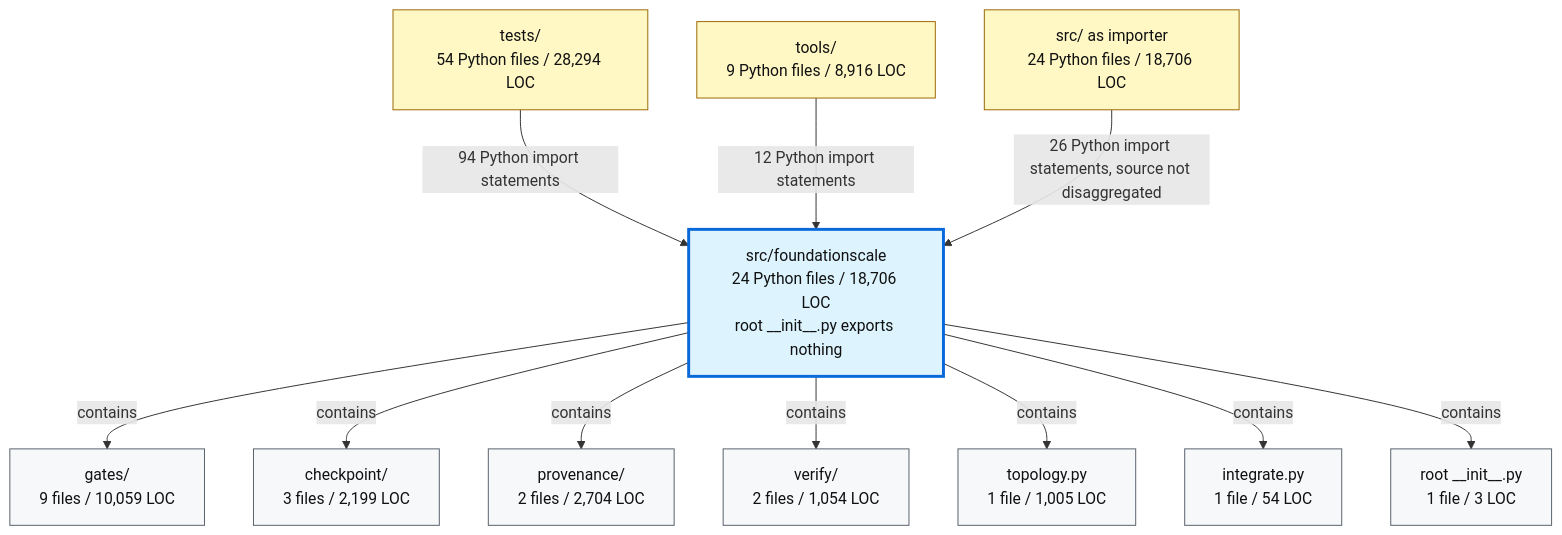
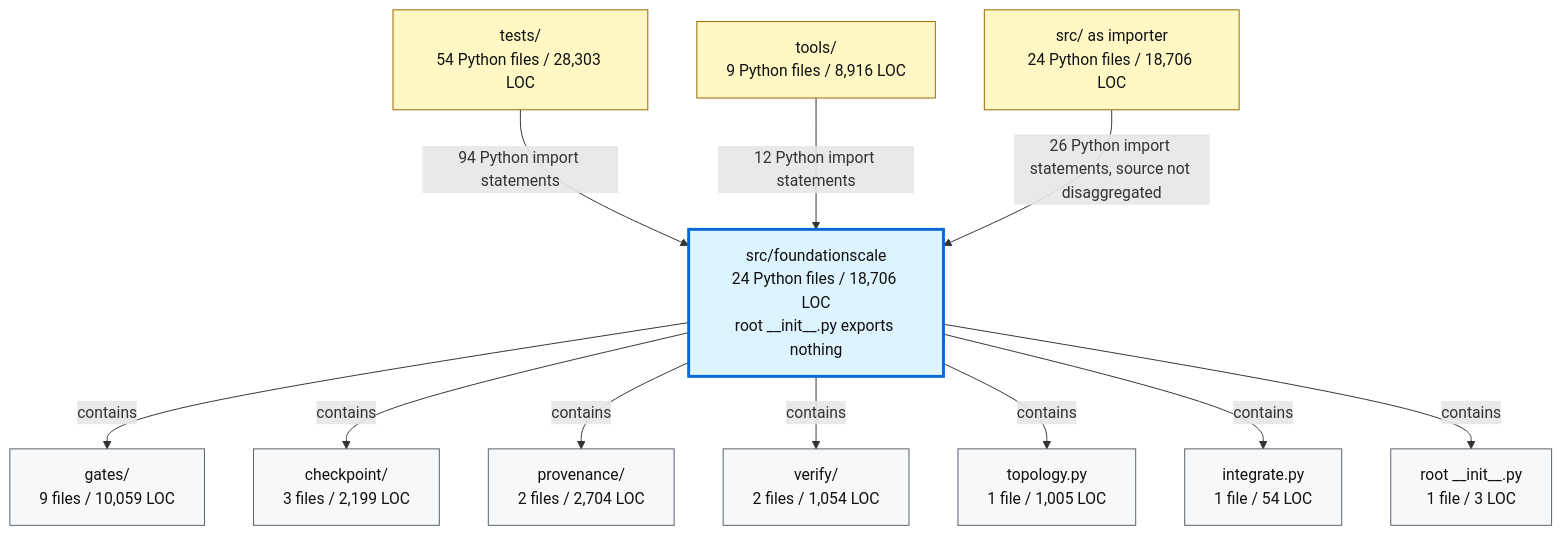
One commit to TranNhiem/FoundationScale changed the second of 2 diagrams in docs/review/D2_current_architecture.md. Above: the diagram before and after it, drawn with Mermaid. The commit also changed 7 other files, not shown here.

````diff
--- a/docs/review/D2_current_architecture.md
+++ b/docs/review/D2_current_architecture.md
@@ -97,36 +97,36 @@
 ```mermaid
 flowchart TB
-  TESTS["tests/<br/>54 Python files / 28,294 LOC"]
+  TESTS["tests/<br/>54 Python files / 28,303 LOC"]
   TOOLS["tools/<br/>9 Python files / 8,916 LOC"]
   SRC["src/ as importer<br/>24 Python files / 18,706 LOC"]
 
   FS["src/foundationscale<br/>24 Python files / 18,706 LOC<br/>root __init__.py exports nothing"]
 
   GATES["gates/<br/>9 files / 10,059 LOC"]
   CKPT["checkpoint/<br/>3 files / 2,199 LOC"]
   PROV["provenance/<br/>2 files / 2,704 LOC"]
   VERIFY["verify/<br/>2 files / 1,054 LOC"]
   TOPO["topology.py<br/>1 file / 1,005 LOC"]
   INTEG["integrate.py<br/>1 file / 54 LOC"]
   ROOT["root __init__.py<br/>1 file / 3 LOC"]
 
   TESTS -->|"94 Python import statements"| FS
   TOOLS -->|"12 Python import statements"| FS
   SRC -->|"26 Python import statements, source not disaggregated"| FS
 
   FS -->|"contains"| GATES
   FS -->|"contains"| CKPT
   FS -->|"contains"| PROV
   FS -->|"contains"| VERIFY
   FS -->|"contains"| TOPO
   FS -->|"contains"| INTEG
   FS -->|"contains"| ROOT
 
   classDef consumer fill:#fff8c5,stroke:#9a6700,color:#111;
   classDef package fill:#ddf4ff,stroke:#0969da,stroke-width:3px,color:#111;
   classDef module fill:#f6f8fa,stroke:#57606a,color:#111;
 
   class TESTS,TOOLS,SRC consumer;
   class FS package;
   class GATES,CKPT,PROV,VERIFY,TOPO,INTEG,ROOT module;
 ```
````
